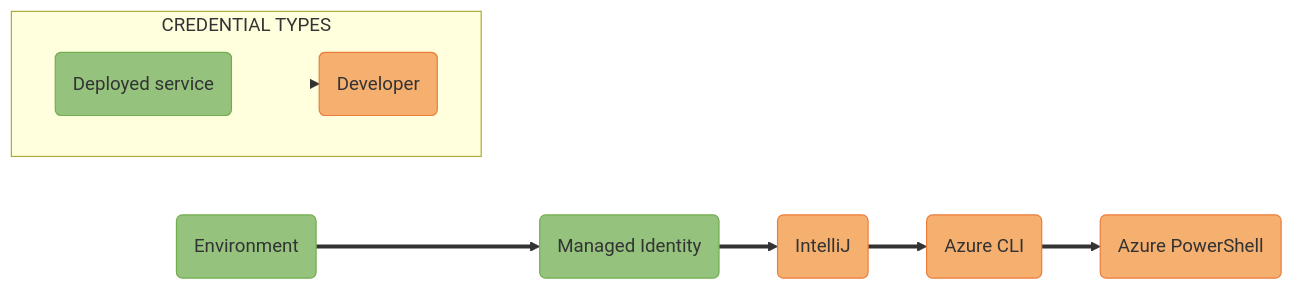
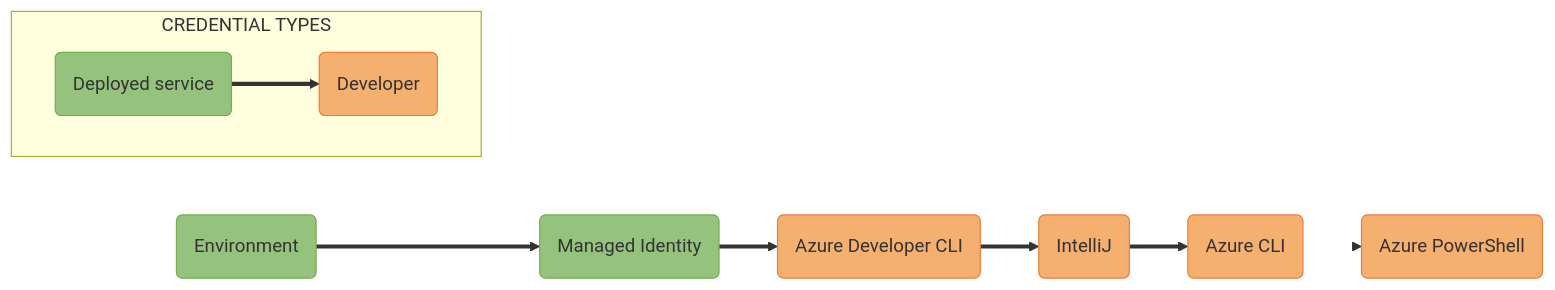
Before and after one commit to Azure/azure-sdk-for-java: the diagram in sdk/identity/azure-identity/images/mermaidjs/DefaultAzureCredentialAuthFlow.md, drawn with Mermaid. The commit also changed 2 other files, not shown here.

Commit message:
update docs for AzureDeveloperCliCredential

````diff
--- a/sdk/identity/azure-identity/images/mermaidjs/DefaultAzureCredentialAuthFlow.md
+++ b/sdk/identity/azure-identity/images/mermaidjs/DefaultAzureCredentialAuthFlow.md
@@ -1,28 +1,28 @@
 ```mermaid
 %% STEPS TO GENERATE IMAGE
 %% =======================
 %% 1. Install mermaid CLI (see https://github.com/mermaid-js/mermaid-cli/blob/master/README.md)
 %% 2. Run command: mmdc -i DefaultAzureCredentialAuthFlow.md -o DefaultAzureCredentialAuthFlow.svg
 
 flowchart LR;
-    A(Environment):::deployed ==> B(Managed Identity):::deployed ==> C(IntelliJ):::developer ==> D(Azure CLI):::developer ==> E(Azure PowerShell):::developer;
+    A(Environment):::deployed ==> B(Managed Identity):::deployed ==> C(Azure Developer CLI):::developer ==> D(IntelliJ):::developer ==> E(Azure CLI):::developer ==> F(Azure PowerShell):::developer;
 
     subgraph CREDENTIAL TYPES;
         direction LR;
         Deployed(Deployed service):::deployed ==> Developer(Developer):::developer;
 
         %% Hide links between boxes in the legend by setting width to 0. The integers after "linkStyle" represent link indices.
         linkStyle 4 stroke-width:0px;
     end;
 
     %% Define styles for credential type boxes
     classDef deployed fill:#95C37E, stroke:#71AD4C;
     classDef developer fill:#F5AF6F, stroke:#EB7C39;
 
     %% Add API ref links to credential type boxes
     click A "https://docs.microsoft.com/java/api/com.azure.identity.environmentcredential?view=azure-java-stable" _blank;
     click B "https://docs.microsoft.com/java/api/com.azure.identity.managedidentitycredential?view=azure-java-stable" _blank;
-    click C "https://docs.microsoft.com/java/api/com.azure.identity.intellijcredential?view=azure-java-stable" _blank;
+    click D "https://docs.microsoft.com/java/api/com.azure.identity.intellijcredential?view=azure-java-stable" _blank;
     click E "https://docs.microsoft.com/java/api/com.azure.identity.azureclicredential?view=azure-java-stable" _blank;
     click F "https://docs.microsoft.com/java/api/com.azure.identity.azurepowershellcredential?view=azure-java-stable" _blank;
 ```
````
